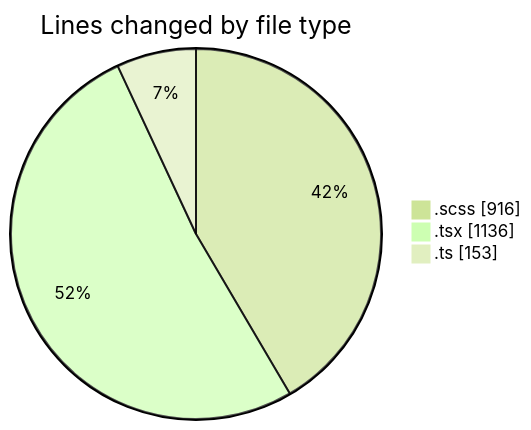
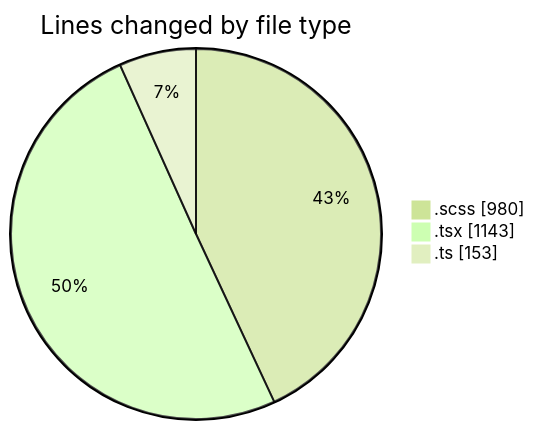
Before and after one commit to momahboobian/code-tracking: the first of 2 diagrams in 2025-03-28/cda/README.md, drawn with Mermaid (forest theme). The commit also changed other lines of this file and 1 other file, not shown here.

````diff
--- a/2025-03-28/cda/README.md
+++ b/2025-03-28/cda/README.md
@@ -26,7 +26,7 @@
 ```mermaid
 pie showData
 title Lines changed by file type
-".scss" : 916
-".tsx" : 1136
+".scss" : 980
+".tsx" : 1143
 ".ts" : 153
 ```
````
